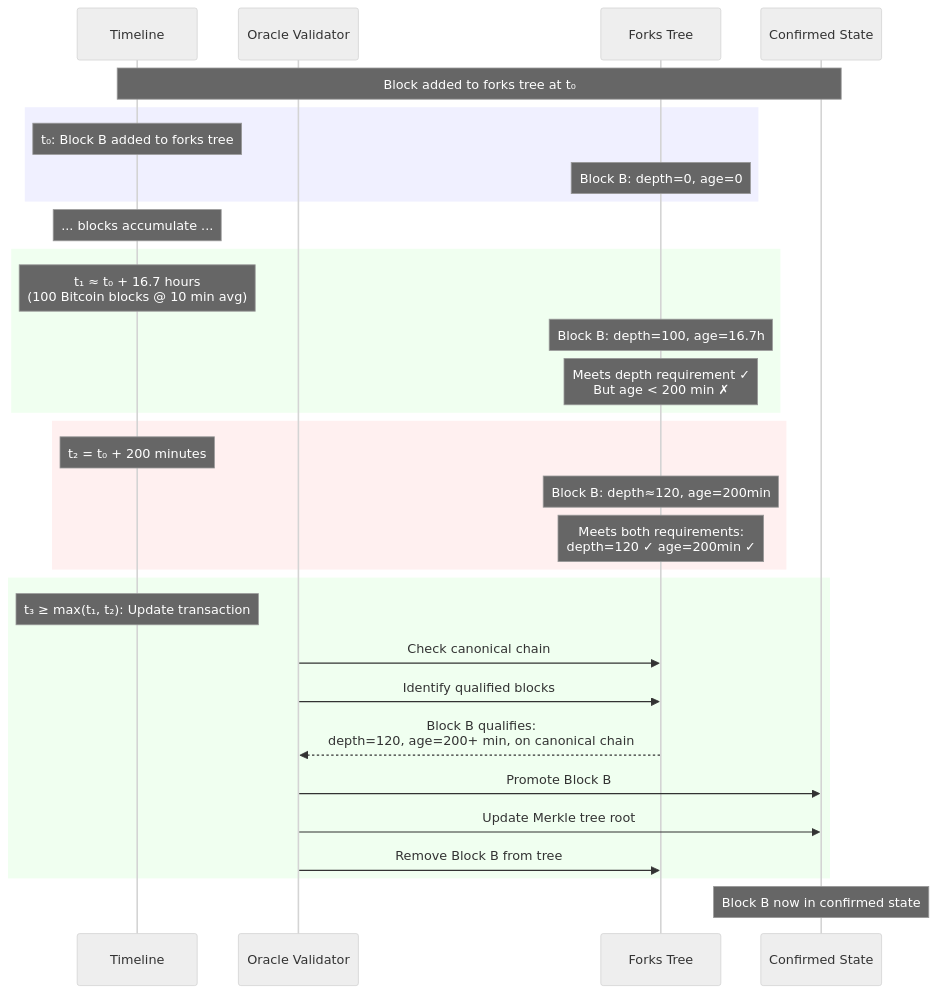
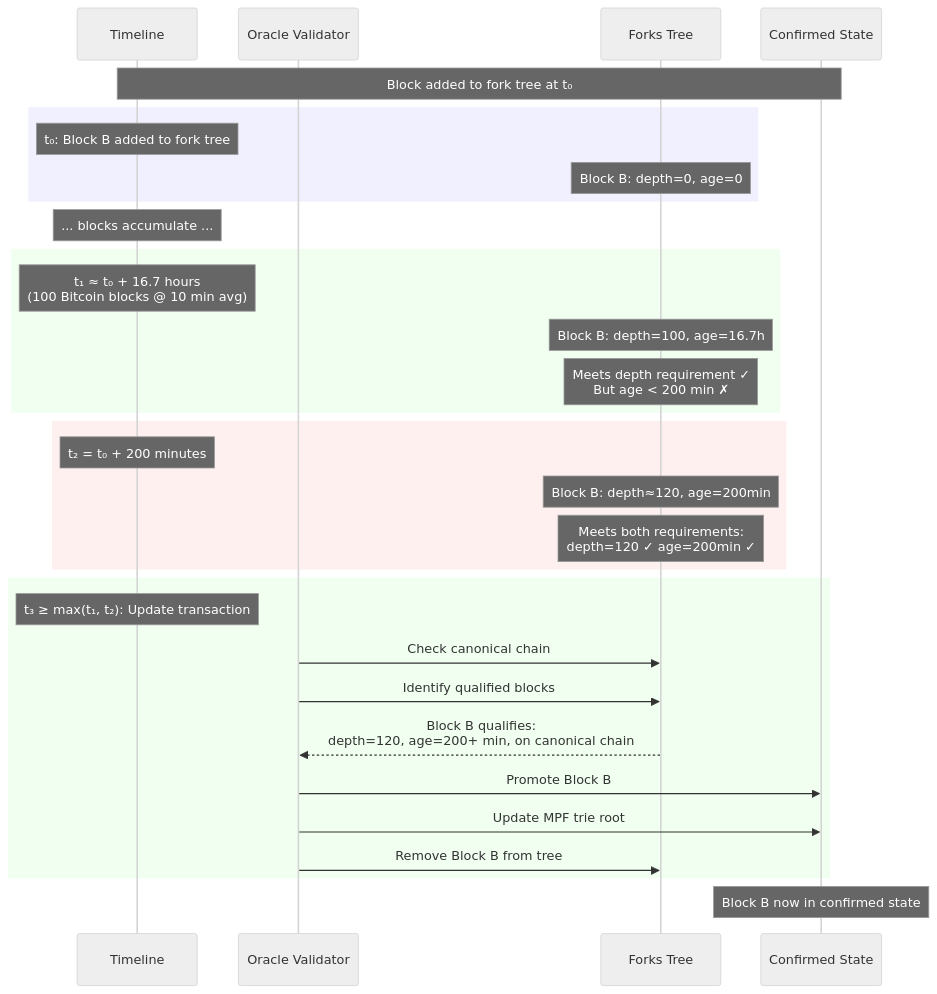
Before and after one commit to lantr-io/binocular: the third of 5 diagrams in Whitepaper.md, drawn with Mermaid (neutral theme). The commit also changed other lines of this file and 5 other files, not shown here.

````diff
--- a/Whitepaper.md
+++ b/Whitepaper.md
@@ -1001,40 +1467,40 @@
 ```mermaid
 sequenceDiagram
     participant Time as Timeline
     participant Validator as Oracle Validator
     participant Forks as Forks Tree
     participant Confirmed as Confirmed State
 
-    Note over Time,Confirmed: Block added to forks tree at t₀
+    Note over Time,Confirmed: Block added to fork tree at t₀
 
     rect rgb(240, 240, 255)
-        Note over Time: t₀: Block B added to forks tree
+        Note over Time: t₀: Block B added to fork tree
         Note over Forks: Block B: depth=0, age=0
     end
 
     Note over Time: ... blocks accumulate ...
 
     rect rgb(240, 255, 240)
         Note over Time: t₁ ≈ t₀ + 16.7 hours<br/>(100 Bitcoin blocks @ 10 min avg)
         Note over Forks: Block B: depth=100, age=16.7h
         Note over Forks: Meets depth requirement ✓<br/>But age < 200 min ✗
     end
 
     rect rgb(255, 240, 240)
         Note over Time: t₂ = t₀ + 200 minutes
         Note over Forks: Block B: depth≈120, age=200min
         Note over Forks: Meets both requirements:<br/>depth=120 ✓ age=200min ✓
     end
 
     rect rgb(240, 255, 240)
         Note over Time: t₃ ≥ max(t₁, t₂): Update transaction
         Validator->>Forks: Check canonical chain
         Validator->>Forks: Identify qualified blocks
         Forks-->>Validator: Block B qualifies:<br/>depth=120, age=200+ min, on canonical chain
         Validator->>Confirmed: Promote Block B
-        Validator->>Confirmed: Update Merkle tree root
+        Validator->>Confirmed: Update MPF trie root
         Validator->>Forks: Remove Block B from tree
     end
 
     Note over Confirmed: Block B now in confirmed state
 ```
````
